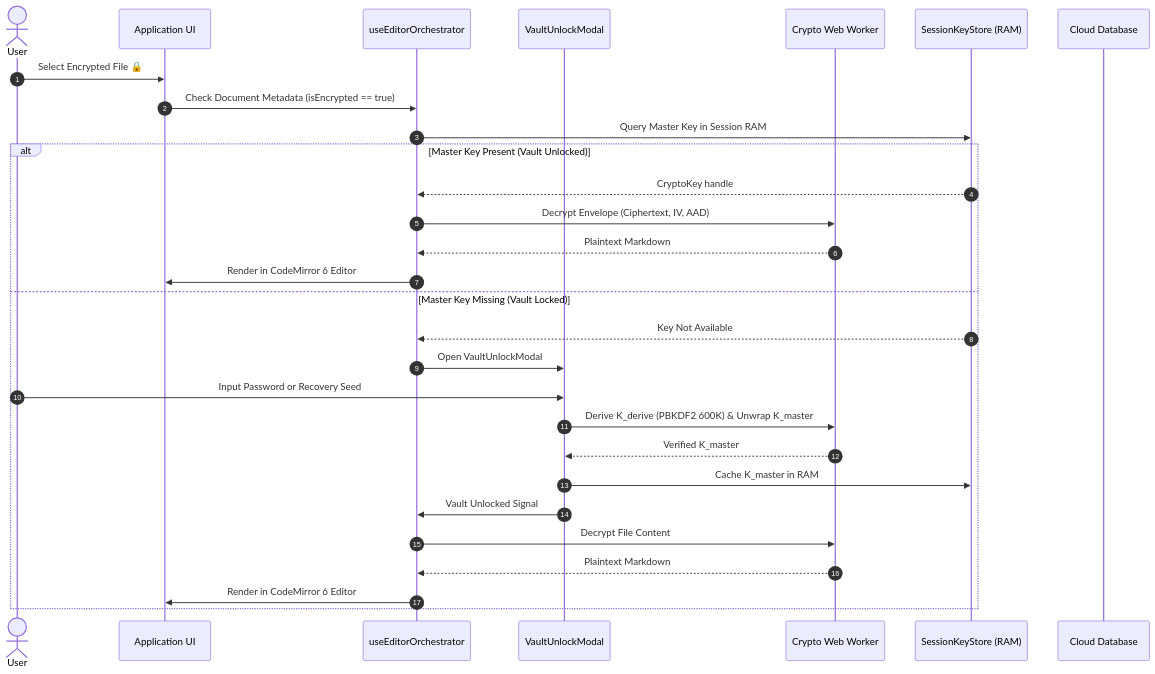
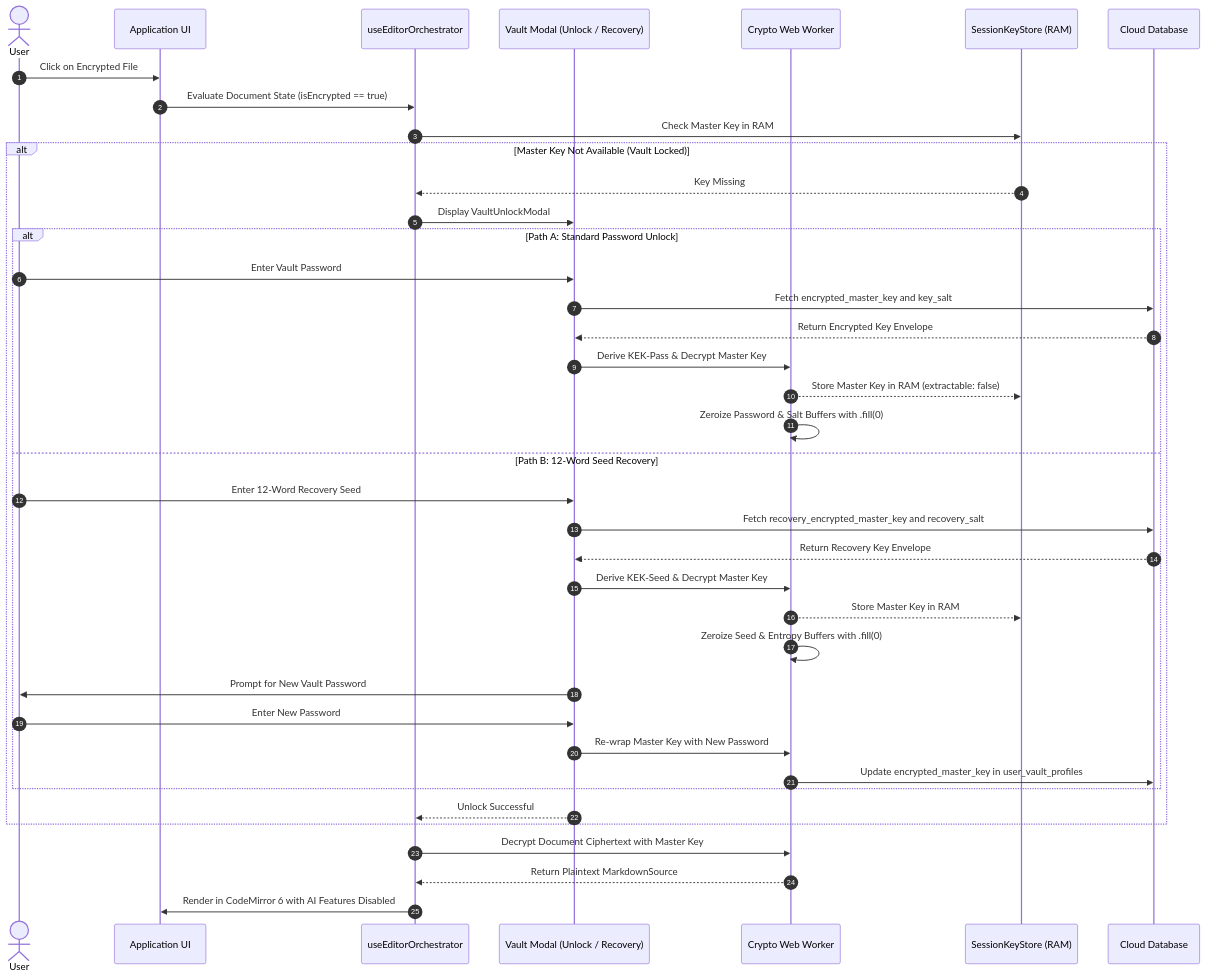
One commit to Abdullah931-stack/LUGX changed the second of 3 diagrams in docs/Plans/HYBRID_ENCRYPTION_AND_VAULT_PLAN.md. Above: the diagram before and after it, drawn with Mermaid. The commit also changed other lines of this file and 2 other files, not shown here.

First line of the commit message:
docs(plans): expand technical execution and migration roadmaps to 1:1 structural parity

````diff
--- a/docs/Plans/HYBRID_ENCRYPTION_AND_VAULT_PLAN.md
+++ b/docs/Plans/HYBRID_ENCRYPTION_AND_VAULT_PLAN.md
@@ -73,33 +63,46 @@
 ```mermaid
 sequenceDiagram
     autonumber
-    actor User
+    actor User as User
     participant UI as Application UI
     participant Orch as useEditorOrchestrator
-    participant Modal as VaultUnlockModal
+    participant Modal as Vault Modal (Unlock / Recovery)
     participant Worker as Crypto Web Worker
     participant KeyStore as SessionKeyStore (RAM)
     participant DB as Cloud Database
 
-    User->>UI: Select Encrypted File 🔒
-    UI->>Orch: Check Document Metadata (isEncrypted == true)
-    Orch->>KeyStore: Query Master Key in Session RAM
+    User->>UI: Click on Encrypted File
+    UI->>Orch: Evaluate Document State (isEncrypted == true)
+    Orch->>KeyStore: Check Master Key in RAM
 
-    alt Master Key Present (Vault Unlocked)
-        KeyStore-->>Orch: CryptoKey handle
-        Orch->>Worker: Decrypt Envelope (Ciphertext, IV, AAD)
-        Worker-->>Orch: Plaintext Markdown
-        Orch->>UI: Render in CodeMirror 6 Editor
-    else Master Key Missing (Vault Locked)
-        KeyStore-->>Orch: Key Not Available
-        Orch->>Modal: Open VaultUnlockModal
-        User->>Modal: Input Password or Recovery Seed
-        Modal->>Worker: Derive K_derive (PBKDF2 600K) & Unwrap K_master
-        Worker-->>Modal: Verified K_master
-        Modal->>KeyStore: Cache K_master in RAM
-        Modal->>Orch: Vault Unlocked Signal
-        Orch->>Worker: Decrypt File Content
-        Worker-->>Orch: Plaintext Markdown
-        Orch->>UI: Render in CodeMirror 6 Editor
+    alt Master Key Not Available (Vault Locked)
+        KeyStore-->>Orch: Key Missing
+        Orch->>Modal: Display VaultUnlockModal
+        
+        alt Path A: Standard Password Unlock
+            User->>Modal: Enter Vault Password
+            Modal->>DB: Fetch encrypted_master_key and key_salt
+            DB-->>Modal: Return Encrypted Key Envelope
+            Modal->>Worker: Derive KEK-Pass & Decrypt Master Key
+            Worker-->>KeyStore: Store Master Key in RAM (extractable: false)
+            Worker->>Worker: Zeroize Password & Salt Buffers with .fill(0)
+        else Path B: 12-Word Seed Recovery
+            User->>Modal: Enter 12-Word Recovery Seed
+            Modal->>DB: Fetch recovery_encrypted_master_key and recovery_salt
+            DB-->>Modal: Return Recovery Key Envelope
+            Modal->>Worker: Derive KEK-Seed & Decrypt Master Key
+            Worker-->>KeyStore: Store Master Key in RAM
+            Worker->>Worker: Zeroize Seed & Entropy Buffers with .fill(0)
+            Modal->>User: Prompt for New Vault Password
+            User->>Modal: Enter New Password
+            Modal->>Worker: Re-wrap Master Key with New Password
+            Worker->>DB: Update encrypted_master_key in user_vault_profiles
+        end
+        
+        Modal-->>Orch: Unlock Successful
     end
+
+    Orch->>Worker: Decrypt Document Ciphertext with Master Key
+    Worker-->>Orch: Return Plaintext MarkdownSource
+    Orch->>UI: Render in CodeMirror 6 with AI Features Disabled
 ```
````
